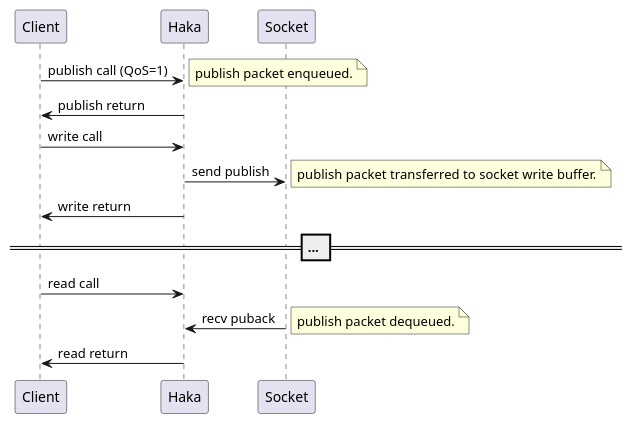
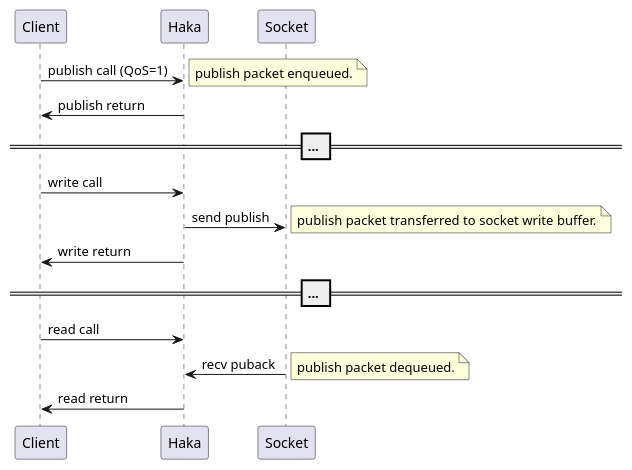
Before and after one commit to kcallin/haka-mqtt: the second of 6 diagrams in doc/source/send_path.rst, drawn with PlantUML. The commit also changed 1 other file, not shown here.

Commit message:
Updated subscribe path docs.

```diff
--- a/doc/source/send_path.rst
+++ b/doc/source/send_path.rst
@@ -23,14 +23,15 @@
 .. uml::
 
     Client -> Haka: publish call (QoS=1)
     note right: publish packet enqueued.
     Client <- Haka: publish return
+    == ... ==
     Client -> Haka: write call
               Haka -> Socket: send publish
     note right: publish packet transferred to socket write buffer.
     Client <- Haka: write return
     == ... ==
     Client -> Haka: read call
               Haka <- Socket: recv puback
     note right: publish packet dequeued.
     Client <- Haka: read return
```
